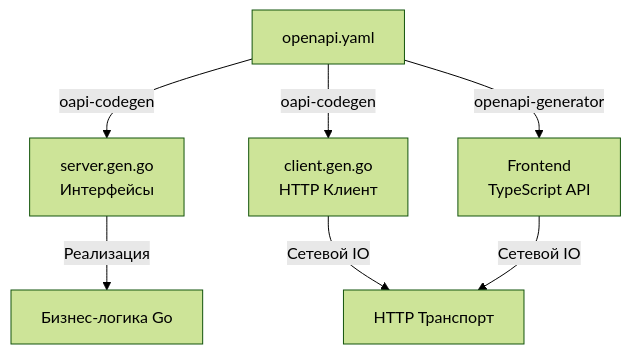
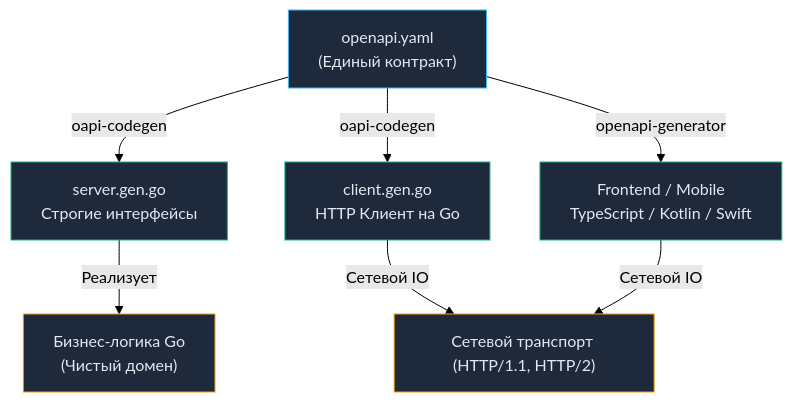
One commit to UnrealTemplier/go-textbook changed the diagram in sources/10. Проектирование API и Сетевые протоколы/15. Генерация клиентов и серверов.md. Above: the diagram before and after it, drawn with Mermaid (forest theme). The commit also changed other lines of this file, not shown here.

````diff
--- a/sources/10. Проектирование API и Сетевые протоколы/15. Генерация клиентов и серверов.md
+++ b/sources/10. Проектирование API и Сетевые протоколы/15. Генерация клиентов и серверов.md
@@ -15,10 +29,17 @@
 ```mermaid
 flowchart TD
-    Spec["openapi.yaml"]-->|"oapi-codegen"|Server["server.gen.go<br>Интерфейсы"]
-    Spec-->|"oapi-codegen"|Client["client.gen.go<br>HTTP Клиент"]
-    Spec-->|"openapi-generator"|TS["Frontend<br>TypeScript API"]
+    Spec["openapi.yaml<br>(Единый контракт)"] -->|"oapi-codegen"| Server["server.gen.go<br>Строгие интерфейсы"]
+    Spec -->|"oapi-codegen"| Client["client.gen.go<br>HTTP Клиент на Go"]
+    Spec -->|"openapi-generator"| TS["Frontend / Mobile<br>TypeScript / Kotlin / Swift"]
     
-    Server-->|"Реализация"|GoLogic["Бизнес-логика Go"]
-    Client-->|"Сетевой IO"|Network["HTTP Транспорт"]
-    TS-->|"Сетевой IO"|Network
+    Server -->|"Реализует"| GoLogic["Бизнес-логика Go<br>(Чистый домен)"]
+    Client -->|"Сетевой IO"| Network["Сетевой транспорт (HTTP/1.1, HTTP/2)"]
+    TS -->|"Сетевой IO"| Network
+
+    classDef spec fill:#1e293b,stroke:#38bdf8,stroke-width:1px,color:#e2e8f0;
+    classDef gen fill:#1e293b,stroke:#10b981,stroke-width:1px,color:#e2e8f0;
+    classDef app fill:#1e293b,stroke:#f59e0b,stroke-width:1px,color:#e2e8f0;
+    class Spec spec;
+    class Server,Client,TS gen;
+    class GoLogic,Network app;
 ```
````
